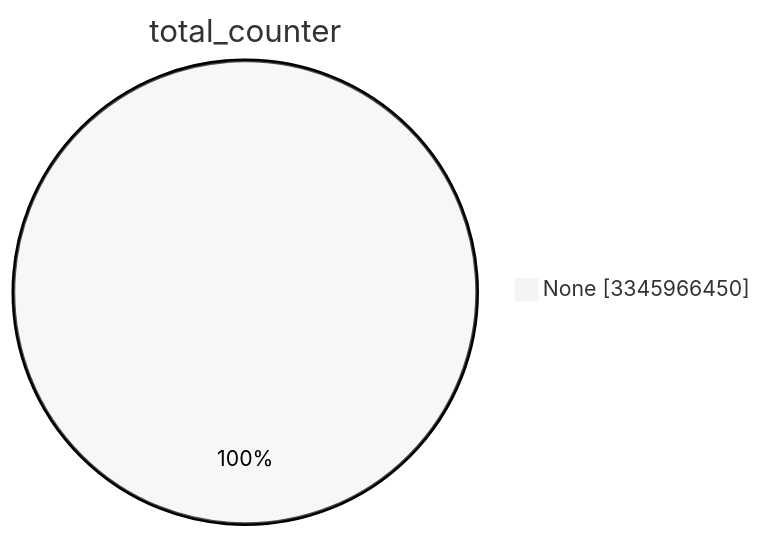
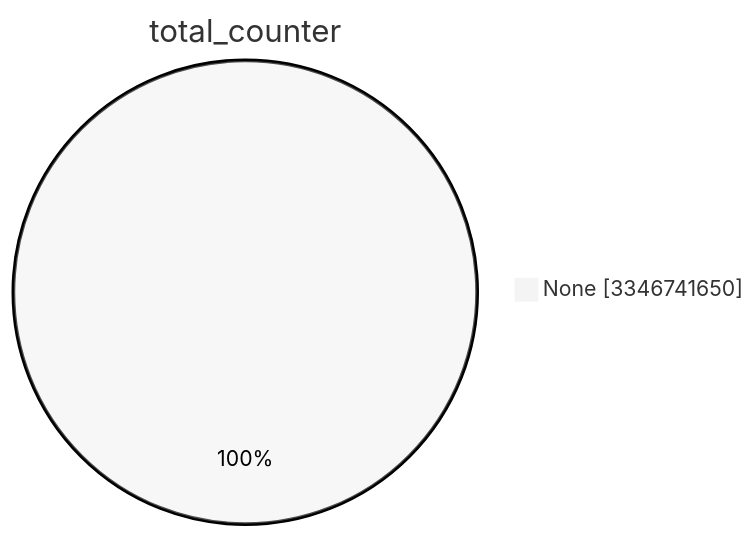
Before and after one commit to christiankrug/ctmonitor_visualization: the first of 15 diagrams in TOTAL/README.md, drawn with Mermaid (neutral theme). The commit also changed other lines of this file, not shown here.

````diff
--- a/TOTAL/README.md
+++ b/TOTAL/README.md
@@ -1,5 +1,5 @@
 ```mermaid
 pie showData
 title total_counter
-"None" :3345966450
+"None" :3346741650
 ```
````
